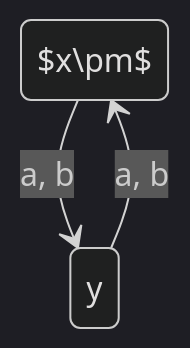
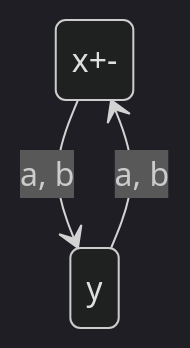
The tenth of 12 diagrams in docs/University Notes/semester 5/CS402 - Theory of Automata/Lecture no. 18/Lecture.md (ChuzaWick420/notes_publisher), drawn with Mermaid (dark theme) before and after one commit. The commit also changed other lines of this file and 1 other file, not shown here.

````diff
--- a/docs/University Notes/semester 5/CS402 - Theory of Automata/Lecture no. 18/Lecture.md
+++ b/docs/University Notes/semester 5/CS402 - Theory of Automata/Lecture no. 18/Lecture.md
@@ -230,8 +228,8 @@
 ```mermaid
 stateDiagram-v2
-x : $x\pm$
+x : x+-
 y : y
 
 x --> y : a, b
 y --> x : a, b
 ```
````
